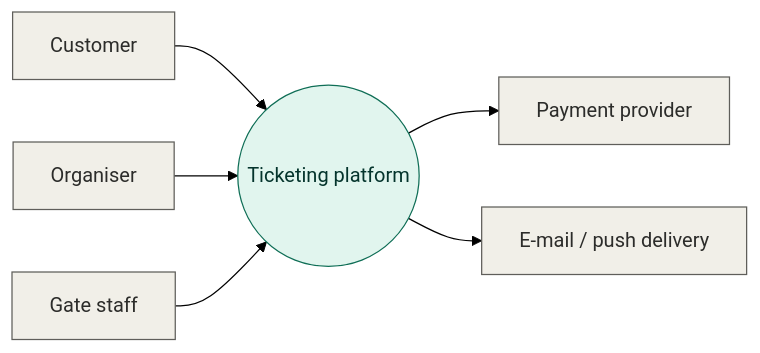
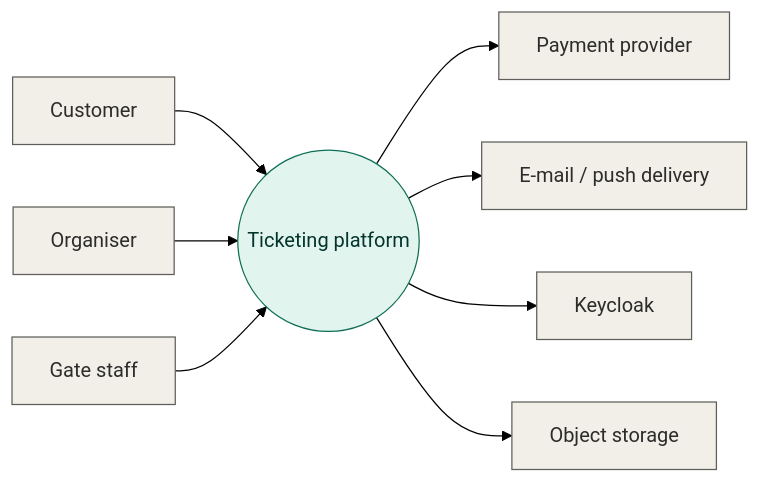
Before and after one commit to devgfe/polito-wa2-ticketing: the first of 3 diagrams in docs/milestones/M1-team-scope-and-services.md, drawn with Mermaid (forest theme). The commit also changed other lines of this file and 23 other files, not shown here.

Commit message:
docs(m2): add openapi drafts, data ownership, purchase flow and adrs

````diff
--- a/docs/milestones/M1-team-scope-and-services.md
+++ b/docs/milestones/M1-team-scope-and-services.md
@@ -65,21 +66,25 @@
 ```mermaid
 %%{init: {"flowchart": {"htmlLabels": false}}}%%
 flowchart LR
   customer["Customer"]
   organiser["Organiser"]
   gate["Gate staff"]
+  kc["Keycloak"]
+  os["Object storage"]
   sys(("Ticketing platform"))
   psp["Payment provider"]
   mail["E-mail / push delivery"]
 
   customer --> sys
   organiser --> sys
   gate --> sys
   sys --> psp
   sys --> mail
+  sys --> kc
+  sys --> os
 
   classDef own fill:#E1F5EE,stroke:#0F6E56,color:#04342C
   classDef ext fill:#F1EFE8,stroke:#5F5E5A,color:#2C2C2A
   class sys own
-  class customer,organiser,gate,psp,mail ext
+  class customer,organiser,gate,kc,psp,mail,os ext
 ```
````
